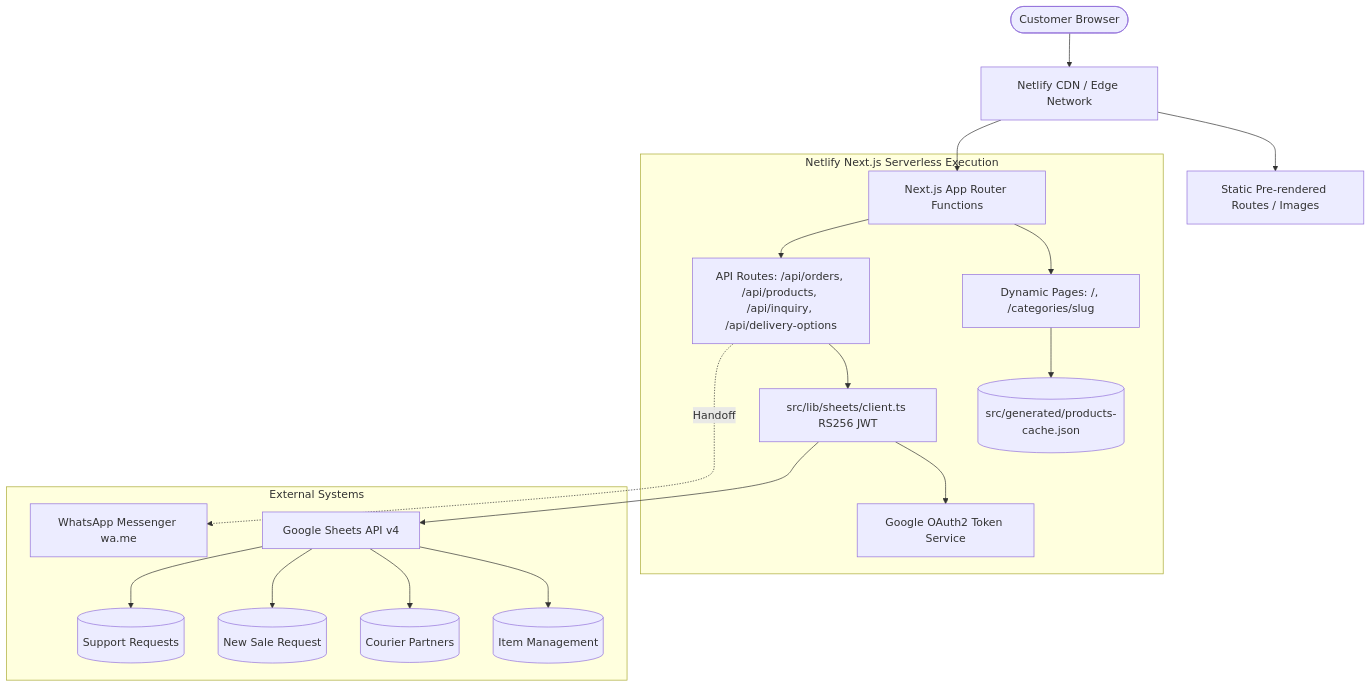
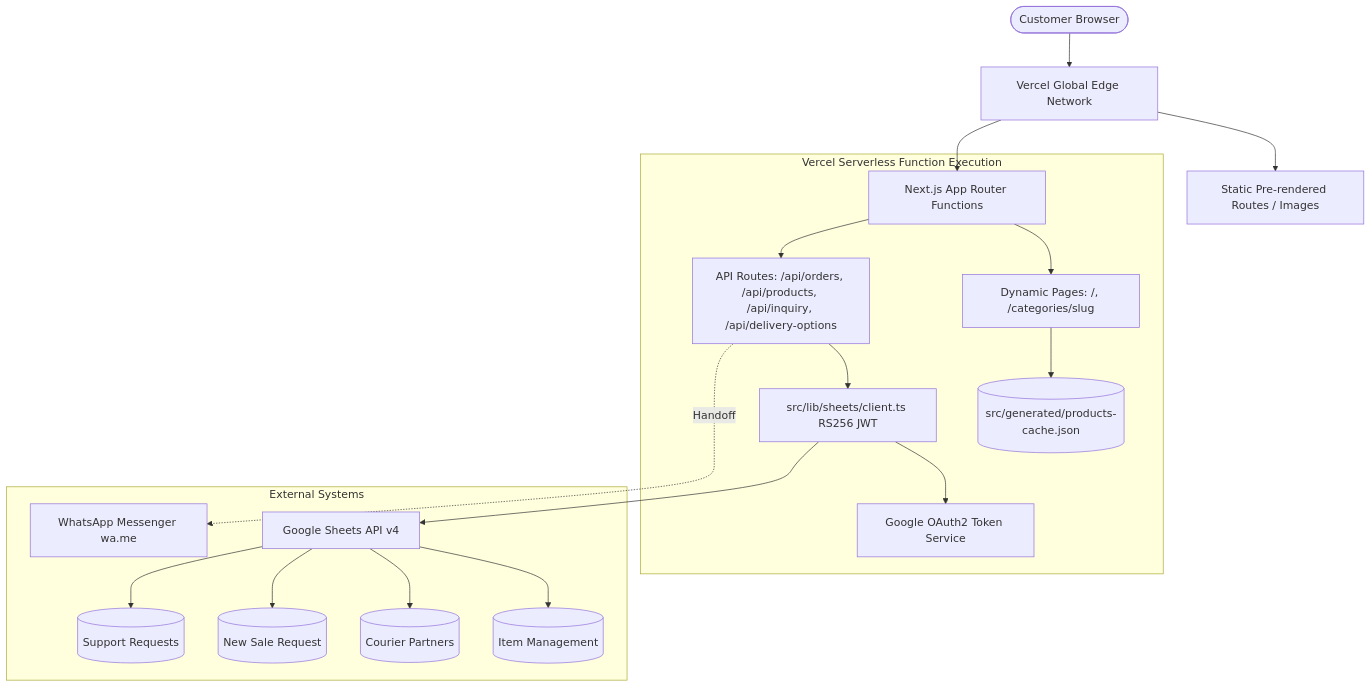
One commit to Arjun7945/Fic_Quick_WebSite changed the first of 3 diagrams in docs/architecture.md. Above: the diagram before and after it, drawn with Mermaid. The commit also changed other lines of this file and 65 other files, not shown here.

````diff
--- a/docs/architecture.md
+++ b/docs/architecture.md
@@ -14,23 +14,23 @@
 ```mermaid
 graph TD
-    User([Customer Browser]) --> CDN[Netlify CDN / Edge Network]
+    User([Customer Browser]) --> CDN[Vercel Global Edge Network]
     CDN --> NextStatic[Static Pre-rendered Routes / Images]
     CDN --> NextSSR[Next.js App Router Functions]
     
-    subgraph Serverless Functions [Netlify Next.js Serverless Execution]
+    subgraph Serverless Functions [Vercel Serverless Function Execution]
         NextSSR --> PageSSR[Dynamic Pages: /, /categories/slug]
         NextSSR --> APIRoutes[API Routes: /api/orders, /api/products, /api/inquiry, /api/delivery-options]
         APIRoutes --> LibSheets[src/lib/sheets/client.ts RS256 JWT]
         LibSheets --> GoogleOAuth[Google OAuth2 Token Service]
         PageSSR --> DiskCache[(src/generated/products-cache.json)]
     end
     
     subgraph External Systems
         LibSheets --> GSheets[Google Sheets API v4]
         GSheets --> TabItems[(Item Management)]
         GSheets --> TabCouriers[(Courier Partners)]
         GSheets --> TabOrders[(New Sale Request)]
         GSheets --> TabSupport[(Support Requests)]
         APIRoutes -. Handoff .-> WhatsApp[WhatsApp Messenger wa.me]
     end
 ```
````
